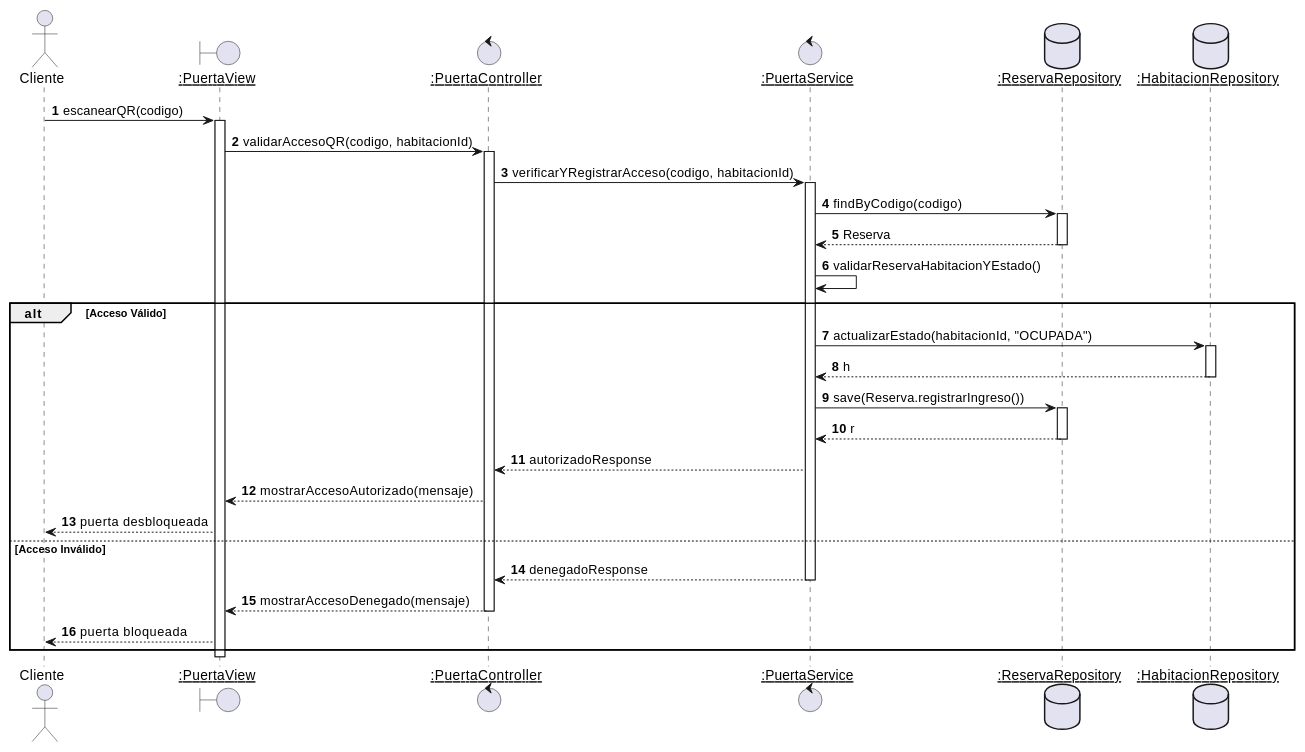
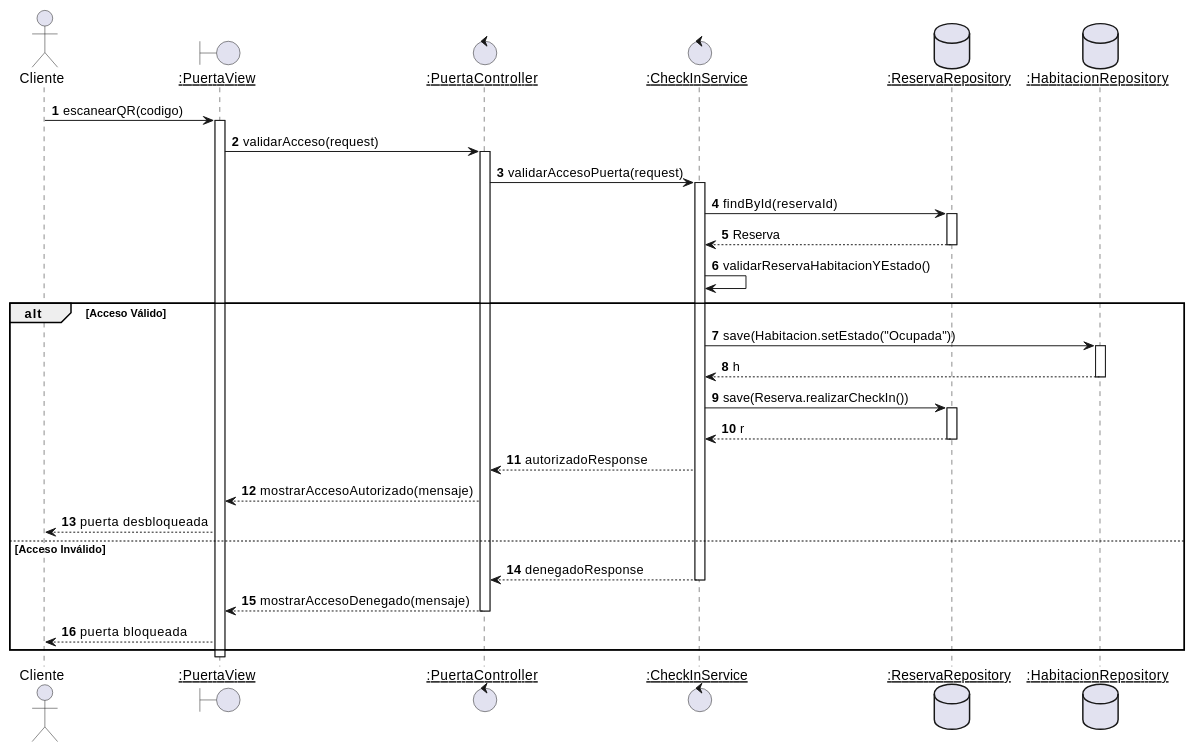
Before and after one commit to Tsmrain/GestionSistemas: diagram 23 of 36 in RefactorV4.md, drawn with PlantUML. The commit also changed other lines of this file and 1 other file, not shown here.

Commit message:
feat: add ventas_insumos table and refactor PuertaController to CheckInService

````diff
--- a/RefactorV4.md
+++ b/RefactorV4.md
@@ -1318,43 +1313,43 @@
 ```plantuml
 @startuml
 autonumber
 actor Cliente
 boundary "<u>:PuertaView</u>" as View
 control "<u>:PuertaController</u>" as Ctrl
-control "<u>:PuertaService</u>" as Serv
+control "<u>:CheckInService</u>" as Serv
 database "<u>:ReservaRepository</u>" as ResRepo
 database "<u>:HabitacionRepository</u>" as HabRepo
 
 Cliente -> View : escanearQR(codigo)
 activate View
-View -> Ctrl : validarAccesoQR(codigo, habitacionId)
+View -> Ctrl : validarAcceso(request)
 activate Ctrl
-Ctrl -> Serv : verificarYRegistrarAcceso(codigo, habitacionId)
+Ctrl -> Serv : validarAccesoPuerta(request)
 activate Serv
-Serv -> ResRepo : findByCodigo(codigo)
+Serv -> ResRepo : findById(reservaId)
 activate ResRepo
 ResRepo --> Serv : Reserva
 deactivate ResRepo
 Serv -> Serv : validarReservaHabitacionYEstado()
 alt Acceso Válido
-  Serv -> HabRepo : actualizarEstado(habitacionId, "OCUPADA")
+  Serv -> HabRepo : save(Habitacion.setEstado("Ocupada"))
   activate HabRepo
   HabRepo --> Serv : h
   deactivate HabRepo
-  Serv -> ResRepo : save(Reserva.registrarIngreso())
+  Serv -> ResRepo : save(Reserva.realizarCheckIn())
   activate ResRepo
   ResRepo --> Serv : r
   deactivate ResRepo
   Serv --> Ctrl : autorizadoResponse
   Ctrl --> View : mostrarAccesoAutorizado(mensaje)
   View --> Cliente : puerta desbloqueada
 else Acceso Inválido
   Serv --> Ctrl : denegadoResponse
   deactivate Serv
   Ctrl --> View : mostrarAccesoDenegado(mensaje)
   deactivate Ctrl
   View --> Cliente : puerta bloqueada
 end
 deactivate View
 @enduml
 ```
````
